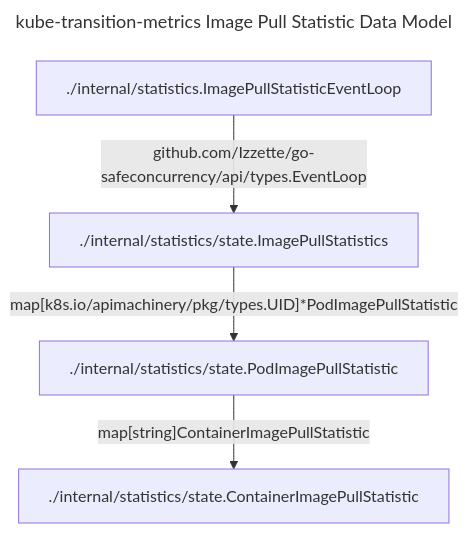
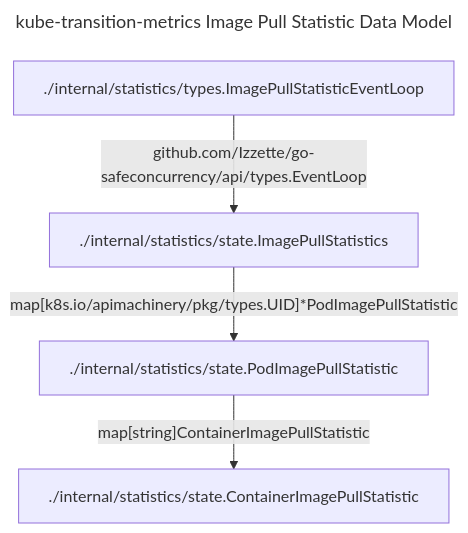
Before and after one commit to backmarket-oss/kube-transition-metrics: the fifth of 6 diagrams in doc/ARCHITECTURE.md, drawn with Mermaid. The commit also changed other lines of this file and 8 other files, not shown here.

````diff
--- a/doc/ARCHITECTURE.md
+++ b/doc/ARCHITECTURE.md
@@ -174,15 +180,15 @@
 ```mermaid
 ---
 title: "kube-transition-metrics Image Pull Statistic Data Model"
 ---
 flowchart TD
-    ImagePullStatisticEventLoop["./internal/statistics.ImagePullStatisticEventLoop"]
+    ImagePullStatisticEventLoop["./internal/statistics/types.ImagePullStatisticEventLoop"]
     ImagePullStatistics["./internal/statistics/state.ImagePullStatistics"]
     PodImagePullStatistic["./internal/statistics/state.PodImagePullStatistic"]
     ContainerImagePullStatistic["./internal/statistics/state.ContainerImagePullStatistic"]
 
     ImagePullStatisticEventLoop
         -->|"github.com/Izzette/go-safeconcurrency/api/types.EventLoop"| ImagePullStatistics
         -->|"map[k8s.io/apimachinery/pkg/types.UID]*PodImagePullStatistic"| PodImagePullStatistic
         -->|"map[string]ContainerImagePullStatistic"| ContainerImagePullStatistic
 ```
````
